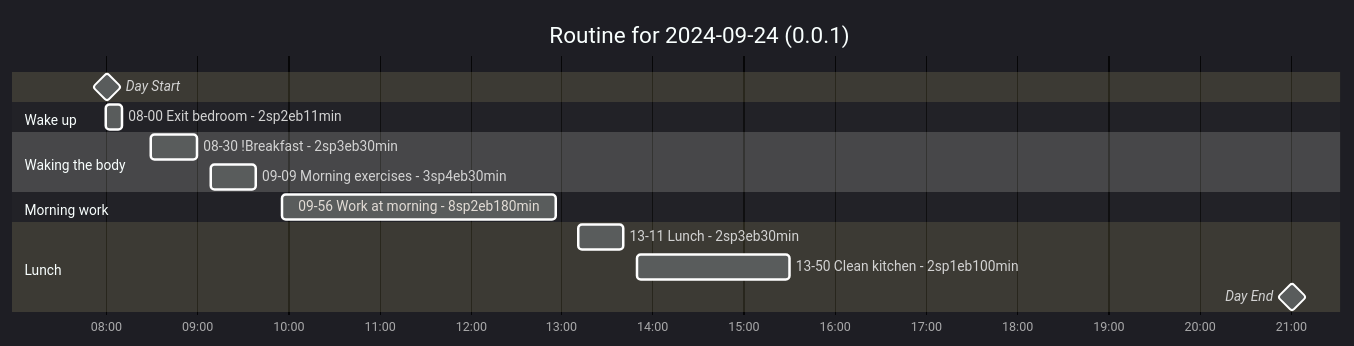
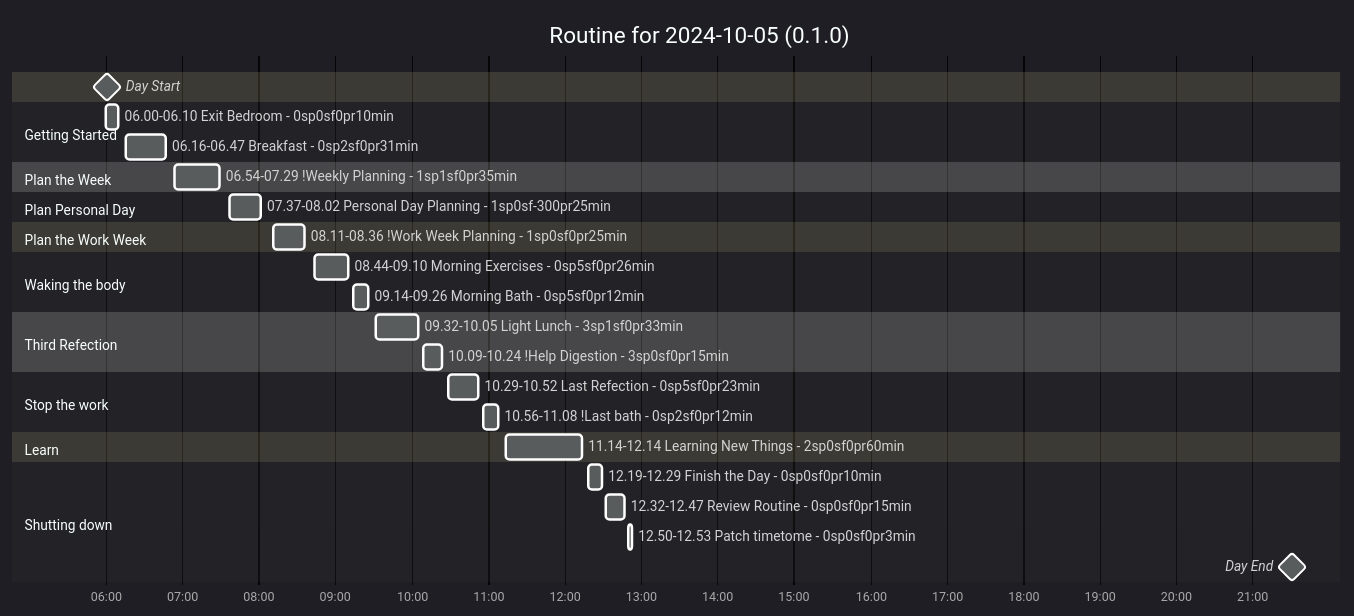
Before and after one commit to thisago/routineParser: the diagram in readme.org, drawn with Mermaid. The commit also changed other lines of this file, not shown here.

```diff
--- a/readme.org
+++ b/readme.org
@@ -106,25 +163,44 @@
 #+begin_src mermaid :file example.svg
 %%{init: { 'theme': 'dark' } }%%
 gantt
-  title Routine for 2024-09-24 (0.0.1)
+  title Routine for 2024-10-05 (0.1.0)
   dateFormat HH:mm
   axisFormat %H:%M
 
-  Day Start : milestone, m1, 08:00, 2m
+  Day Start : milestone, m1, 06:00, 2m
 
-  section Wake up
-  08-00 Exit bedroom - 2sp2eb11min : 08:00, 11m
+  section Getting Started
+  06.00-06.10 Exit Bedroom - 0sp0sf0pr10min : 06:00, 10m
+  06.16-06.47 Breakfast - 0sp2sf0pr31min : 06:16, 31m
+
+  section Plan the Week
+  06.54-07.29 !Weekly Planning - 1sp1sf0pr35min : 06:54, 35m
+
+  section Plan Personal Day
+  07.37-08.02 Personal Day Planning - 1sp0sf-300pr25min : 07:37, 25m
+
+  section Plan the Work Week
+  08.11-08.36 !Work Week Planning - 1sp0sf0pr25min : 08:11, 25m
 
   section Waking the body
-  08-30 !Breakfast - 2sp3eb30min : 08:30, 30m
-  09-09 Morning exercises - 3sp4eb30min : 09:09, 30m
+  08.44-09.10 Morning Exercises - 0sp5sf0pr26min : 08:44, 26m
+  09.14-09.26 Morning Bath - 0sp5sf0pr12min : 09:14, 12m
 
-  section Morning work
-  09-56 Work at morning - 8sp2eb180min : 09:56, 180m
+  section Third Refection
+  09.32-10.05 Light Lunch - 3sp1sf0pr33min : 09:32, 33m
+  10.09-10.24 !Help Digestion - 3sp0sf0pr15min : 10:09, 15m
 
-  section Lunch
-  13-11 Lunch - 2sp3eb30min : 13:11, 30m
-  13-50 Clean kitchen - 2sp1eb100min : 13:50, 100m
+  section Stop the work
+  10.29-10.52 Last Refection - 0sp5sf0pr23min : 10:29, 23m
+  10.56-11.08 !Last bath - 0sp2sf0pr12min : 10:56, 12m
 
-  Day End : milestone, m2, 21:00, 2m
+  section Learn
+  11.14-12.14 Learning New Things - 2sp0sf0pr60min : 11:14, 60m
+
+  section Shutting down
+  12.19-12.29 Finish the Day - 0sp0sf0pr10min : 12:19, 10m
+  12.32-12.47 Review Routine - 0sp0sf0pr15min : 12:32, 15m
+  12.50-12.53 Patch timetome - 0sp0sf0pr3min : 12:50, 3m
+
+  Day End : milestone, m2, 21:30, 2m
 #+end_src
```
